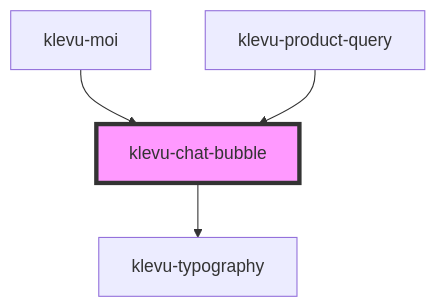
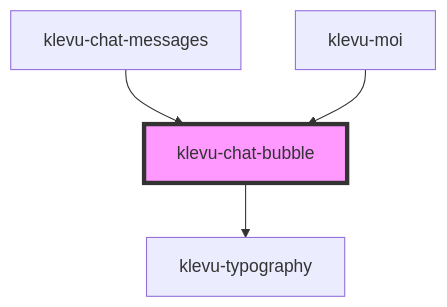
The diagram in packages/klevu-ui/src/components/klevu-chat-bubble/readme.md (klevultd/frontend-sdk), drawn with Mermaid before and after one commit. The commit also changed other lines of this file and 21 other files, not shown here.

````diff
--- a/packages/klevu-ui/src/components/klevu-chat-bubble/readme.md
+++ b/packages/klevu-ui/src/components/klevu-chat-bubble/readme.md
@@ -31,7 +31,7 @@
 ```mermaid
 graph TD;
   klevu-chat-bubble --> klevu-typography
+  klevu-chat-messages --> klevu-chat-bubble
   klevu-moi --> klevu-chat-bubble
-  klevu-product-query --> klevu-chat-bubble
   style klevu-chat-bubble fill:#f9f,stroke:#333,stroke-width:4px
 ```
````
